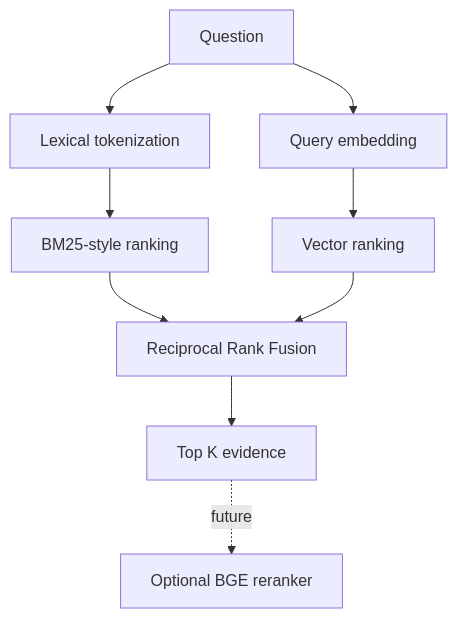
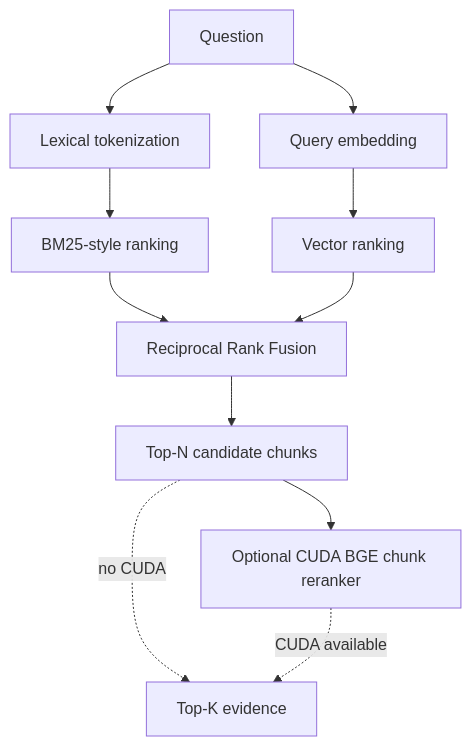
Before and after one commit to francis3253161180-maker/researchflow-agent: the seventh of 14 diagrams in docs/knowledge-maps.md, drawn with Mermaid. The commit also changed other lines of this file and 11 other files, not shown here.

````diff
--- a/docs/knowledge-maps.md
+++ b/docs/knowledge-maps.md
@@ -141,18 +141,21 @@
 ```mermaid
 flowchart TB
     QUERY[Question]
     TOKEN[Lexical tokenization]
     QEMB[Query embedding]
     BM25[BM25-style ranking]
     VECTOR[Vector ranking]
     RRF[Reciprocal Rank Fusion]
-    TOPK[Top K evidence]
-    RERANK[Optional BGE reranker]
+    CANDIDATES[Top-N candidate chunks]
+    RERANK[Optional CUDA BGE chunk reranker]
+    TOPK[Top-K evidence]
 
     QUERY --> TOKEN --> BM25
     QUERY --> QEMB --> VECTOR
     BM25 --> RRF
     VECTOR --> RRF
-    RRF --> TOPK
-    TOPK -. future .-> RERANK
+    RRF --> CANDIDATES
+    CANDIDATES --> RERANK
+    CANDIDATES -. no CUDA .-> TOPK
+    RERANK -. CUDA available .-> TOPK
 ```
````
